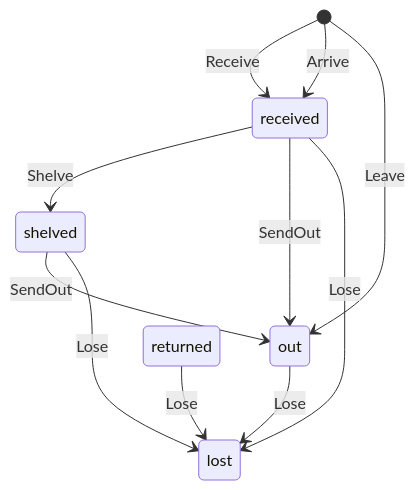
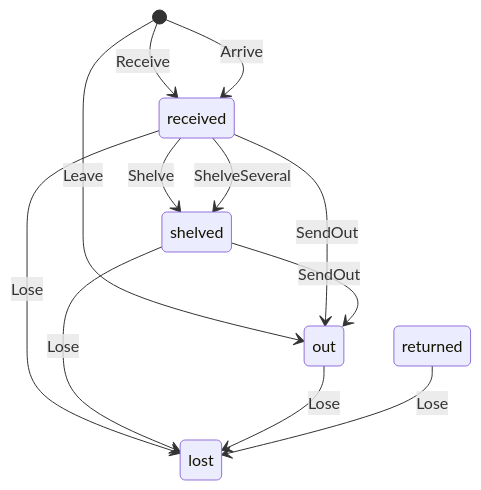
The third of 8 diagrams in internal/e2e/fixture/fixture.model.md (nicklanng/dynago), drawn with Mermaid before and after one commit. The commit also changed other lines of this file and 22 other files, not shown here.

````diff
--- a/internal/e2e/fixture/fixture.model.md
+++ b/internal/e2e/fixture/fixture.model.md
@@ -82,18 +82,19 @@
 ```mermaid
 stateDiagram-v2
   state "received" as s0
   state "shelved" as s1
   state "out" as s2
   state "returned" as s3
   state "lost" as s4
   [*] --> s0: Receive
   [*] --> s0: Arrive
   [*] --> s2: Leave
   s0 --> s1: Shelve
   s0 --> s2: SendOut
   s1 --> s2: SendOut
   s0 --> s4: Lose
   s1 --> s4: Lose
   s2 --> s4: Lose
   s3 --> s4: Lose
+  s0 --> s1: ShelveSeveral
 ```
````
